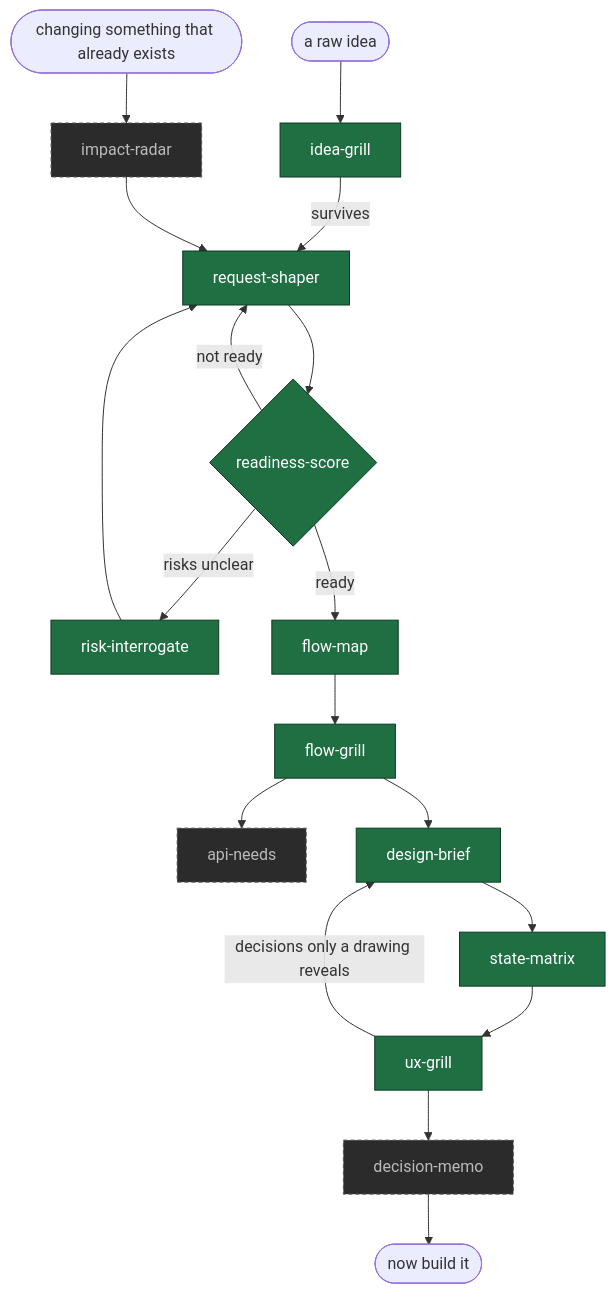
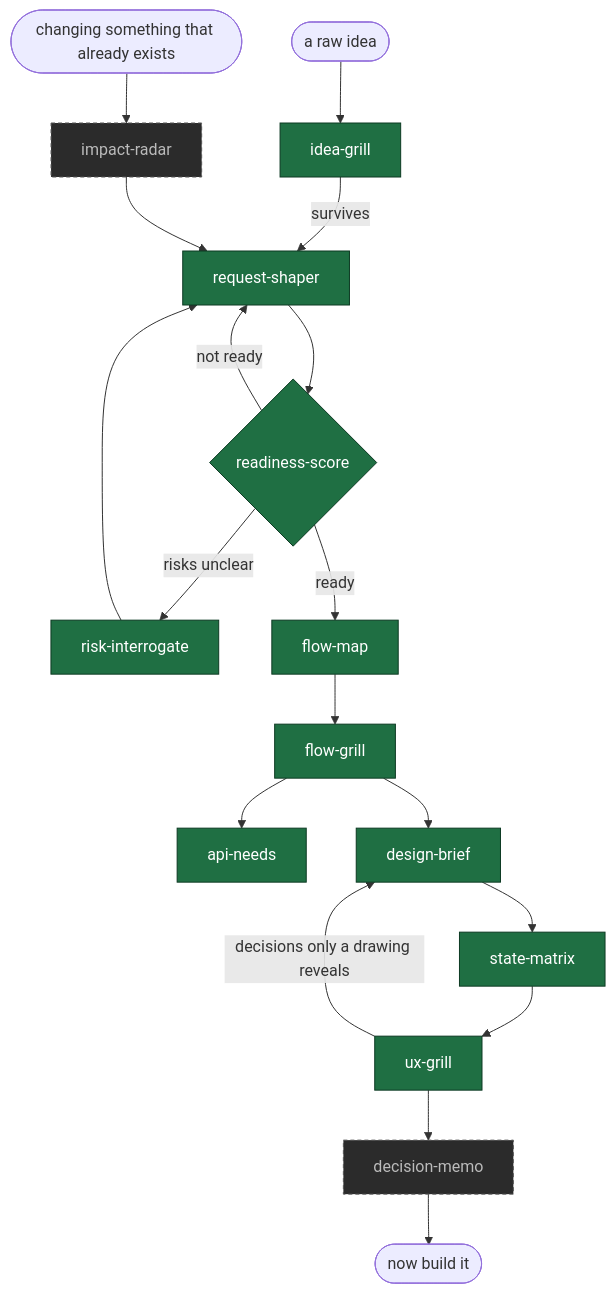
One commit to ratipcan-uysal/before-you-build changed the diagram in README.md. Above: the diagram before and after it, drawn with Mermaid. The commit also changed other lines of this file and 6 other files, not shown here.

````diff
--- a/README.md
+++ b/README.md
@@ -36,25 +36,25 @@
 ```mermaid
 flowchart TD
     idea([a raw idea]) --> IG[idea-grill]
     IG -->|survives| RS[request-shaper]
     RS --> SC{readiness-score}
     SC -->|not ready| RS
     SC -->|risks unclear| RI[risk-interrogate]
     RI --> RS
     SC -->|ready| FM[flow-map]
     FM --> FG[flow-grill]
     FG --> AN[api-needs]
     FG --> DB[design-brief]
     DB --> SM[state-matrix]
     SM --> UX[ux-grill]
     UX -->|decisions only a drawing reveals| DB
     UX --> DM[decision-memo]
     DM --> out([now build it])
     change([changing something that already exists]) --> IR[impact-radar]
     IR --> RS
 
     classDef shipped fill:#1f6f43,stroke:#0d3a23,color:#fff
     classDef planned fill:#2b2b2b,stroke:#555,color:#bbb,stroke-dasharray:4 3
-    class IG,RS,SC,RI,DB,UX,SM,FM,FG shipped
-    class AN,IR,DM planned
+    class IG,RS,SC,RI,DB,UX,SM,FM,FG,AN shipped
+    class IR,DM planned
 ```
````
